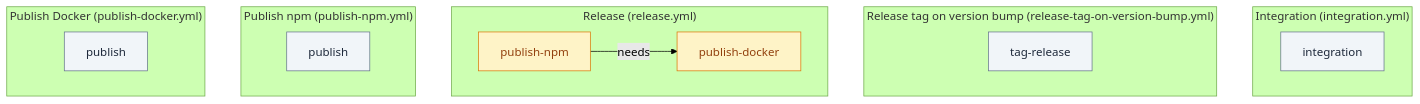
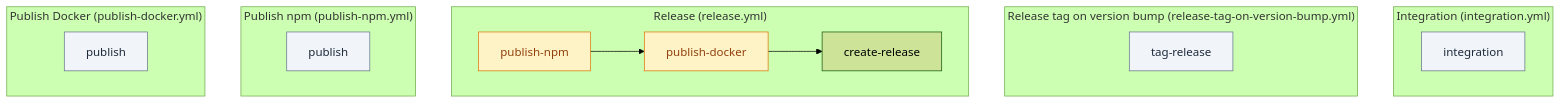
Before and after one commit to debian777/kairos-mcp: the second of 3 diagrams in .github/workflows/README.md, drawn with Mermaid (forest theme). The commit also changed other lines of this file and 7 other files, not shown here.

````diff
--- a/.github/workflows/README.md
+++ b/.github/workflows/README.md
@@ -52,29 +52,30 @@
 ```mermaid
 flowchart TB
   subgraph INT_WF["Integration (integration.yml)"]
     J_INT[integration]
   end
 
   subgraph RTAG_WF["Release tag on version bump (release-tag-on-version-bump.yml)"]
     J_TAG[tag-release]
   end
 
   subgraph REL_WF["Release (release.yml)"]
     J_NPM[publish-npm]
     J_DOCKER[publish-docker]
-    J_NPM -->|needs| J_DOCKER
+    J_REL[create-release]
+    J_NPM --> J_DOCKER --> J_REL
   end
 
   subgraph PNPM_WF["Publish npm (publish-npm.yml)"]
     J_PNPM[publish]
   end
 
   subgraph PDOCK_WF["Publish Docker (publish-docker.yml)"]
     J_PDOCK[publish]
   end
 
   classDef jobDefault fill:#f1f5f9,stroke:#64748b,color:#1e293b
   classDef jobNeeds fill:#fef3c7,stroke:#d97706,color:#92400e
   class J_INT,J_TAG,J_PNPM,J_PDOCK jobDefault
   class J_NPM,J_DOCKER jobNeeds
 ```
````
